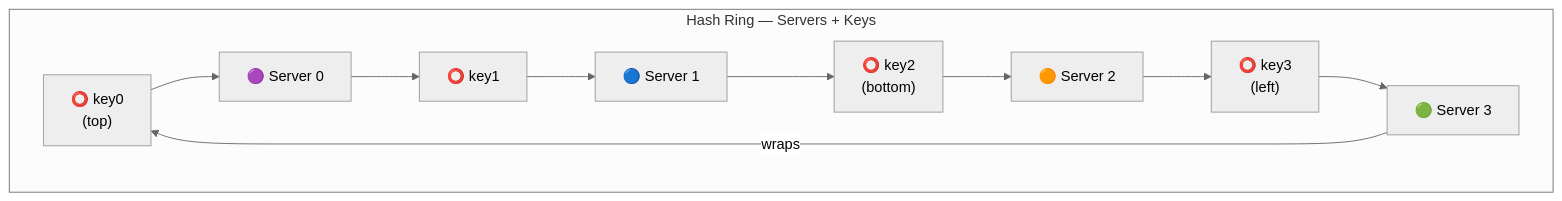
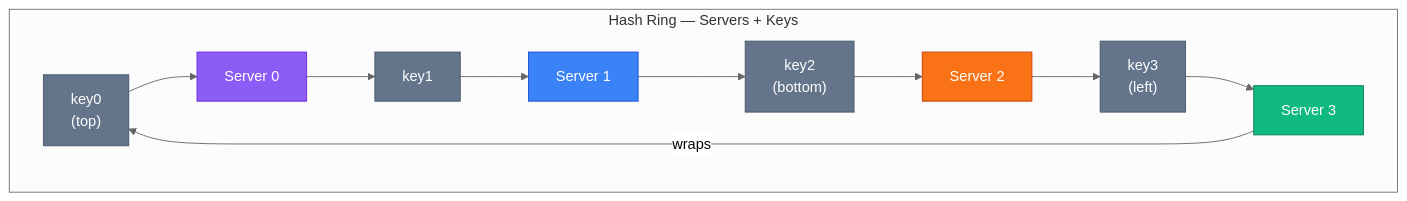
One commit to devops-monk/system-design-blog changed the fifth of 23 diagrams in content/posts/2026/design-consistent-hashing.md. Above: the diagram before and after it, drawn with Mermaid (neutral theme). The commit also changed other lines of this file and 5 other files, not shown here.

````diff
--- a/content/posts/2026/design-consistent-hashing.md
+++ b/content/posts/2026/design-consistent-hashing.md
@@ -177,23 +181,31 @@
 ```mermaid
 graph LR
     subgraph RING["Hash Ring — Servers + Keys"]
         direction LR
-        K0["⭕ key0\n(top)"]
-        S0["🟣 Server 0"]
-        K1["⭕ key1"]
-        S1["🔵 Server 1"]
-        K2["⭕ key2\n(bottom)"]
-        S2["🟠 Server 2"]
-        K3["⭕ key3\n(left)"]
-        S3["🟢 Server 3"]
+        K0["key0\n(top)"]
+        S0["Server 0"]
+        K1["key1"]
+        S1["Server 1"]
+        K2["key2\n(bottom)"]
+        S2["Server 2"]
+        K3["key3\n(left)"]
+        S3["Server 3"]
 
         K0 --> S0
         S0 --> K1
         K1 --> S1
         S1 --> K2
         K2 --> S2
         S2 --> K3
         K3 --> S3
         S3 -->|wraps| K0
     end
+    style S0 fill:#8B5CF6,stroke:#6D28D9,color:#fff
+    style S1 fill:#3B82F6,stroke:#1D4ED8,color:#fff
+    style S2 fill:#F97316,stroke:#C2410C,color:#fff
+    style S3 fill:#10B981,stroke:#047857,color:#fff
+    style K0 fill:#64748B,stroke:#475569,color:#fff
+    style K1 fill:#64748B,stroke:#475569,color:#fff
+    style K2 fill:#64748B,stroke:#475569,color:#fff
+    style K3 fill:#64748B,stroke:#475569,color:#fff
 ```
````
